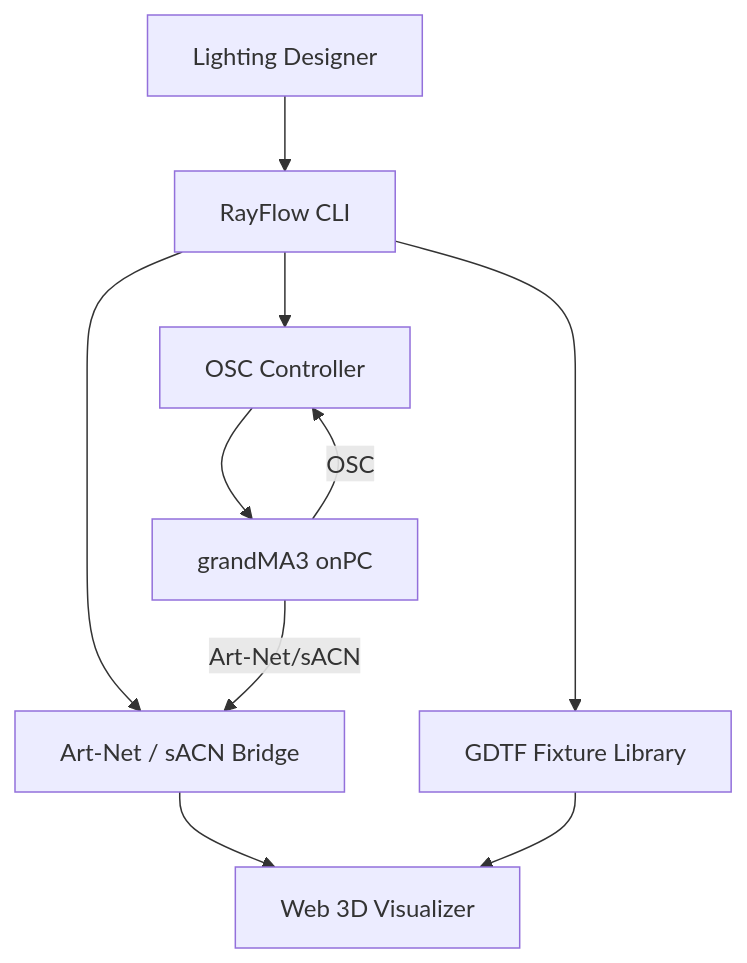
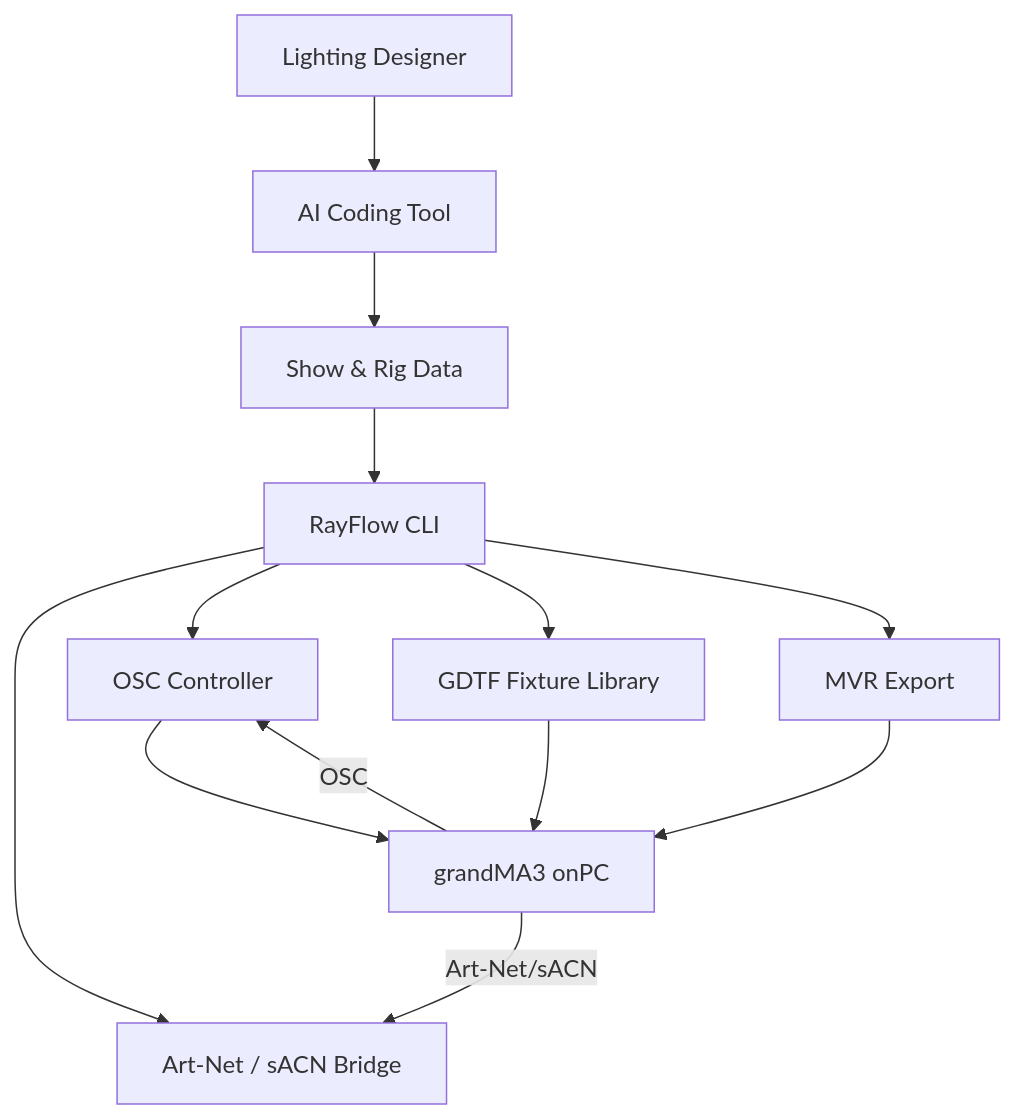
The diagram in docs/project_charter.md (connorkitchings/rayflow), drawn with Mermaid before and after one commit. The commit also changed other lines of this file and 23 other files, not shown here.

First line of the commit message:
feat: complete Phase 5 — show & rig framework with CLI and AI context bundle

````diff
--- a/docs/project_charter.md
+++ b/docs/project_charter.md
@@ -88,12 +98,15 @@
 ```mermaid
 graph TD
-    User[Lighting Designer] --> CLI[RayFlow CLI]
+    User[Lighting Designer] --> AI[AI Coding Tool]
+    AI --> Show[Show & Rig Data]
+    Show --> CLI[RayFlow CLI]
     CLI --> Bridge[Art-Net / sACN Bridge]
     CLI --> OSC[OSC Controller]
-    Bridge --> Viz[Web 3D Visualizer]
     OSC --> MA3[grandMA3 onPC]
     MA3 -->|Art-Net/sACN| Bridge
     MA3 -->|OSC| OSC
     CLI --> GDTF[GDTF Fixture Library]
-    GDTF --> Viz
+    GDTF --> MA3
+    CLI --> MVR[MVR Export]
+    MVR --> MA3
 ```
````
